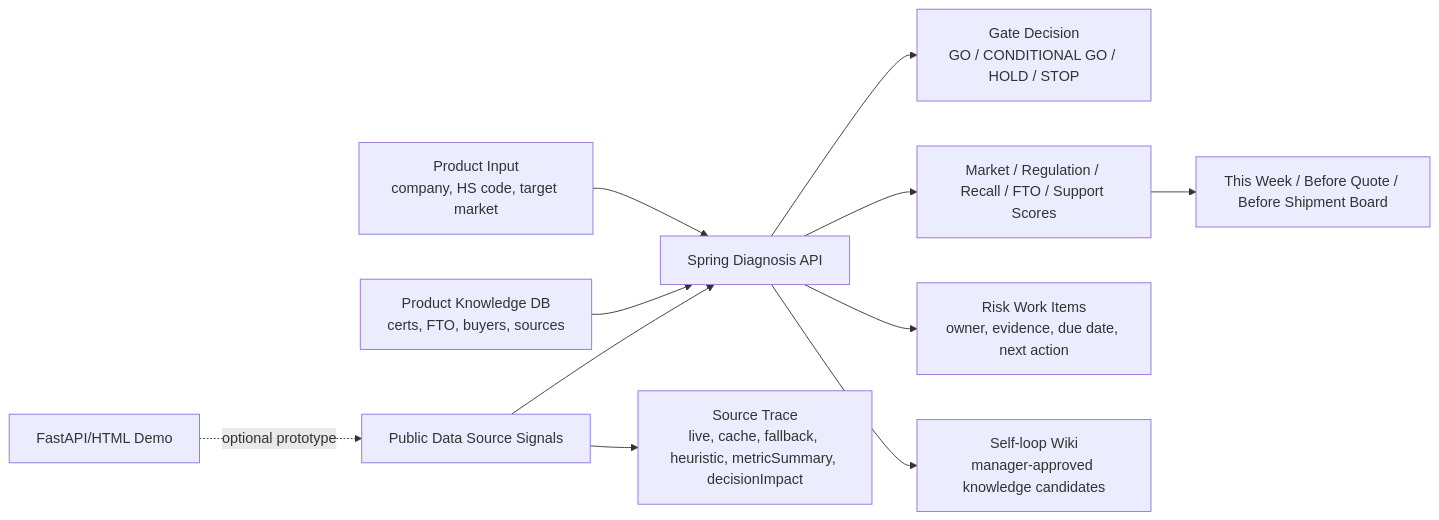
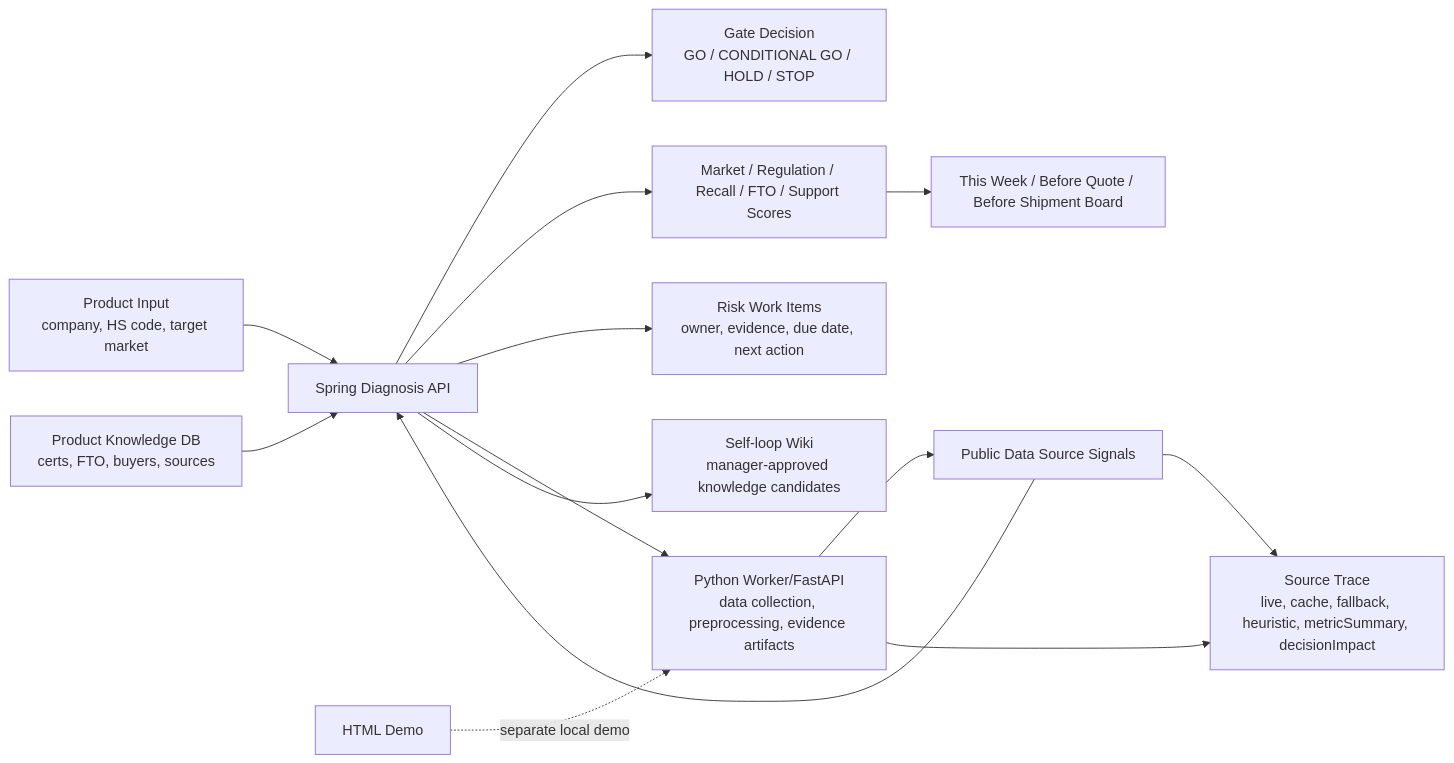
The diagram in README.md (jisu217/grow-gate-local-ex), drawn with Mermaid before and after one commit. The commit also changed other lines of this file and 50 other files, not shown here.

````diff
--- a/README.md
+++ b/README.md
@@ -208,14 +211,17 @@
 ```mermaid
 flowchart LR
   A["Product Input<br/>company, HS code, target market"]
   A --> S["Spring Diagnosis API"]
   K["Product Knowledge DB<br/>certs, FTO, buyers, sources"] --> S
   C["Public Data Source Signals"] --> S
   S --> G["Gate Decision<br/>GO / CONDITIONAL GO / HOLD / STOP"]
   S --> E["Market / Regulation / Recall / FTO / Support Scores"]
   S --> R["Risk Work Items<br/>owner, evidence, due date, next action"]
   E --> F["This Week / Before Quote / Before Shipment Board"]
   C --> T["Source Trace<br/>live, cache, fallback, heuristic, metricSummary, decisionImpact"]
+  S --> P["Python Worker/FastAPI<br/>data collection, preprocessing, evidence artifacts"]
+  P --> C
+  P --> T
   S --> W["Self-loop Wiki<br/>manager-approved knowledge candidates"]
-  D["FastAPI/HTML Demo"] -. optional prototype .-> C
+  D["HTML Demo"] -. separate local demo .-> P
 ```
````
